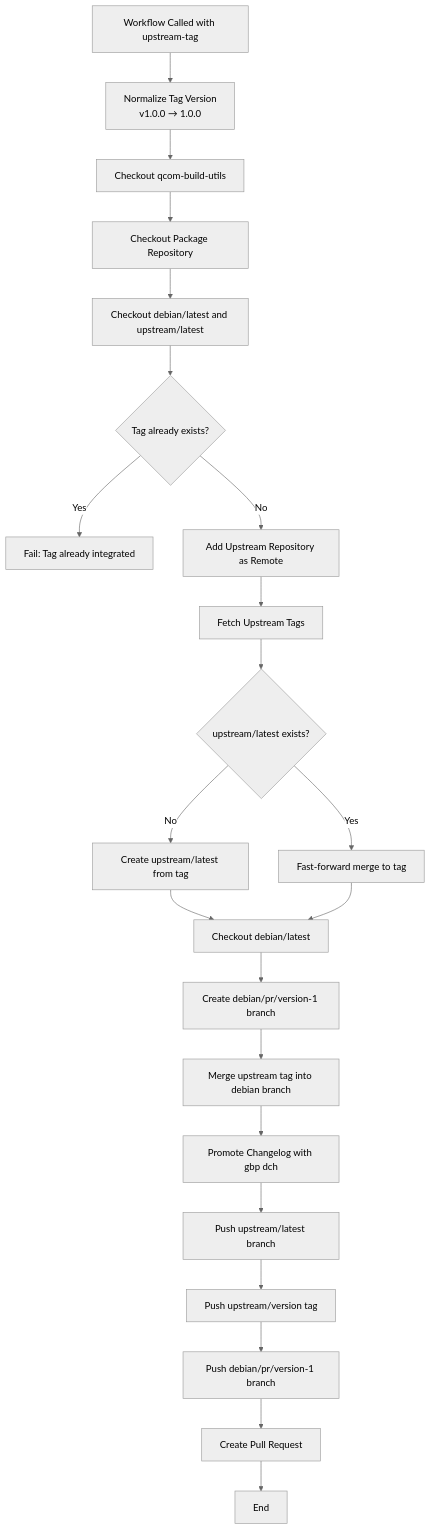
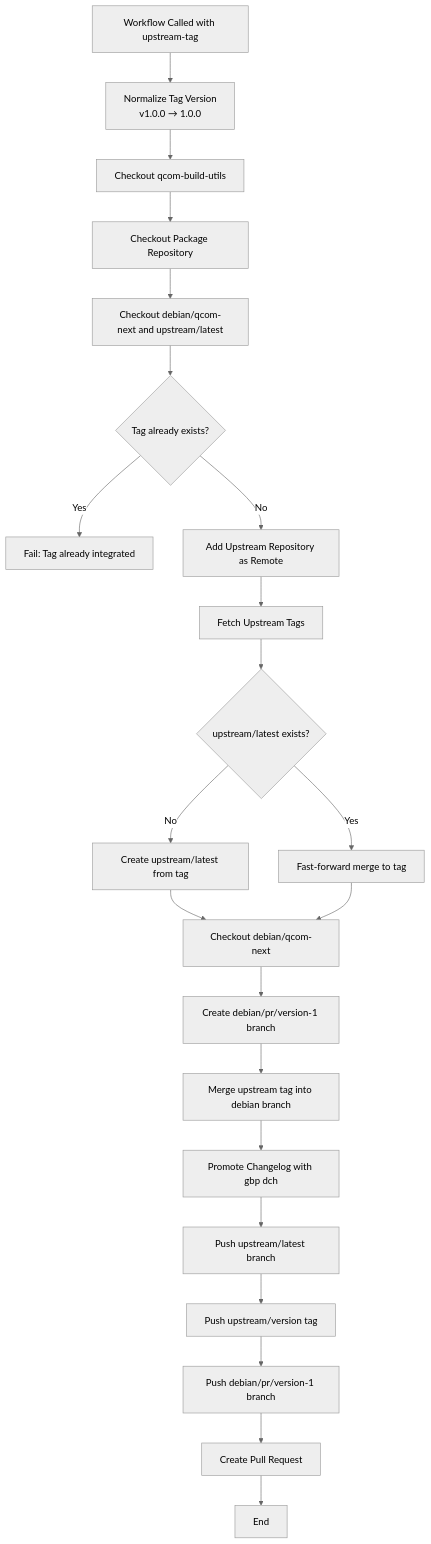
The second of 6 diagrams in docs/reusable-workflows.md (vemana1niranjan/qcom-build-utils), drawn with Mermaid (neutral theme) before and after one commit. The commit also changed other lines of this file and 6 other files, not shown here.

Commit message:
Update references from debian/latest to debian/qcom-next in workflows and documentation

````diff
--- a/docs/reusable-workflows.md
+++ b/docs/reusable-workflows.md
@@ -121,24 +121,24 @@
 ```mermaid
 flowchart TD
     A[Workflow Called with upstream-tag] --> B[Normalize Tag Version<br/>v1.0.0 → 1.0.0]
     B --> C[Checkout qcom-build-utils]
     C --> D[Checkout Package Repository]
-    D --> E[Checkout debian/latest and upstream/latest]
+    D --> E[Checkout debian/qcom-next and upstream/latest]
     E --> F{Tag already exists?}
     F -->|Yes| G[Fail: Tag already integrated]
     F -->|No| H[Add Upstream Repository as Remote]
     H --> I[Fetch Upstream Tags]
     I --> J{upstream/latest exists?}
     J -->|No| K[Create upstream/latest from tag]
     J -->|Yes| L[Fast-forward merge to tag]
-    K --> M[Checkout debian/latest]
+    K --> M[Checkout debian/qcom-next]
     L --> M
     M --> N[Create debian/pr/version-1 branch]
     N --> O[Merge upstream tag into debian branch]
     O --> P[Promote Changelog with gbp dch]
     P --> Q[Push upstream/latest branch]
     Q --> R[Push upstream/version tag]
     R --> S[Push debian/pr/version-1 branch]
     S --> T[Create Pull Request]
     T --> U[End]
 ```
````
